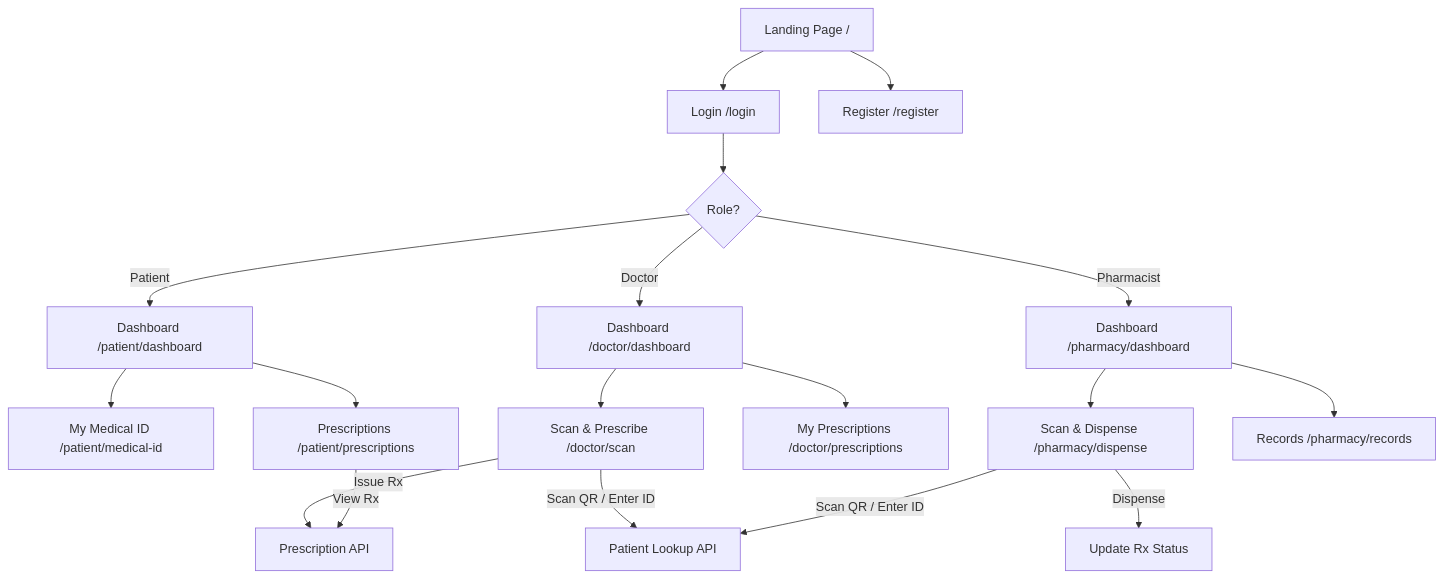
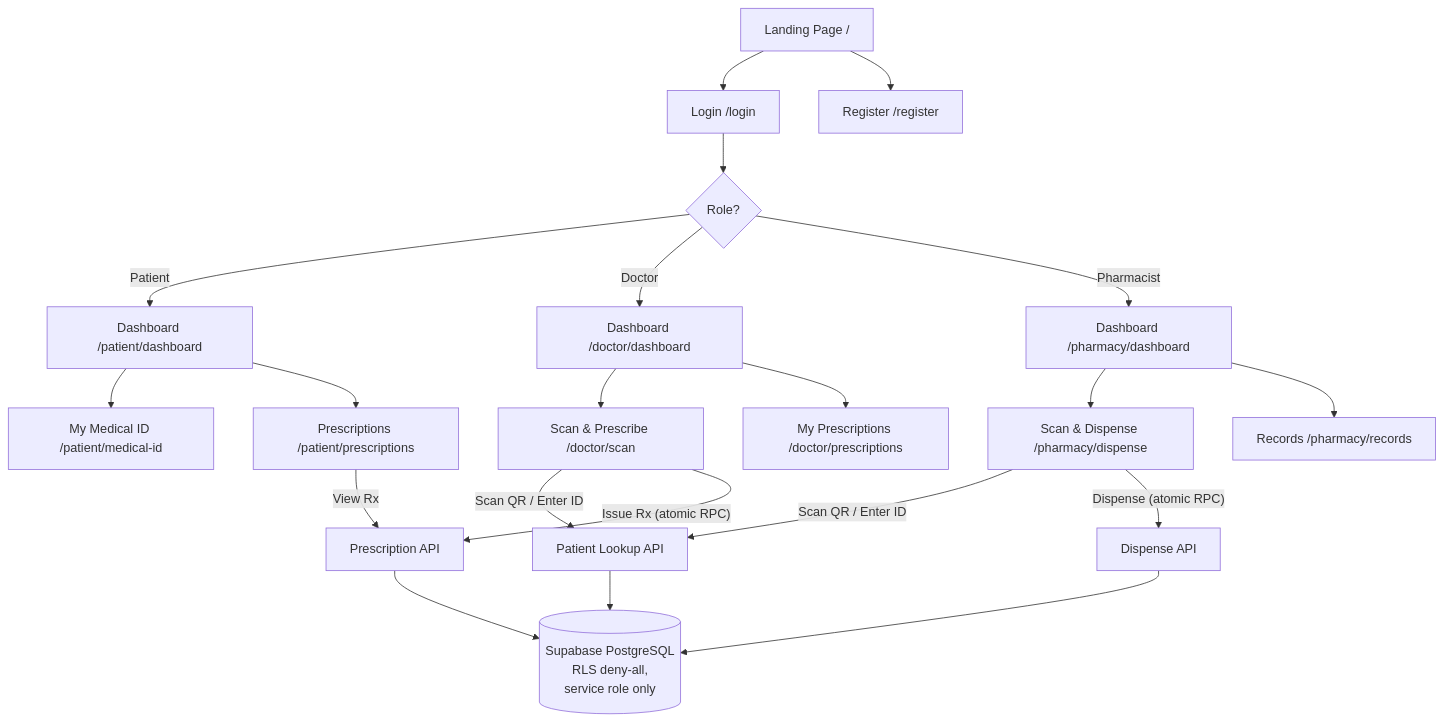
One commit to sasindumal/AyuLink changed the diagram in docs/walkthrough.md. Above: the diagram before and after it, drawn with Mermaid. The commit also changed other lines of this file and 4 other files, not shown here.

Commit message:
docs: migrate project backend from Prisma/PostgreSQL to Supabase and update documentation accordingly

````diff
--- a/docs/walkthrough.md
+++ b/docs/walkthrough.md
@@ -74,24 +74,28 @@
 ```mermaid
 graph TD
     A["Landing Page /"] --> B["Login /login"]
     A --> C["Register /register"]
     B --> D{Role?}
-    
+
     D -->|Patient| E["Dashboard /patient/dashboard"]
     E --> E1["My Medical ID /patient/medical-id"]
     E --> E2["Prescriptions /patient/prescriptions"]
-    
+
     D -->|Doctor| F["Dashboard /doctor/dashboard"]
     F --> F1["Scan & Prescribe /doctor/scan"]
     F --> F2["My Prescriptions /doctor/prescriptions"]
-    
+
     D -->|Pharmacist| G["Dashboard /pharmacy/dashboard"]
     G --> G1["Scan & Dispense /pharmacy/dispense"]
     G --> G2["Records /pharmacy/records"]
-    
+
     F1 -->|"Scan QR / Enter ID"| H["Patient Lookup API"]
-    F1 -->|"Issue Rx"| I["Prescription API"]
+    F1 -->|"Issue Rx (atomic RPC)"| I["Prescription API"]
     G1 -->|"Scan QR / Enter ID"| H
-    G1 -->|"Dispense"| J["Update Rx Status"]
+    G1 -->|"Dispense (atomic RPC)"| J["Dispense API"]
     E2 -->|"View Rx"| I
+
+    H --> K[("Supabase PostgreSQL<br/>RLS deny-all,<br/>service role only")]
+    I --> K
+    J --> K
 ```
````
